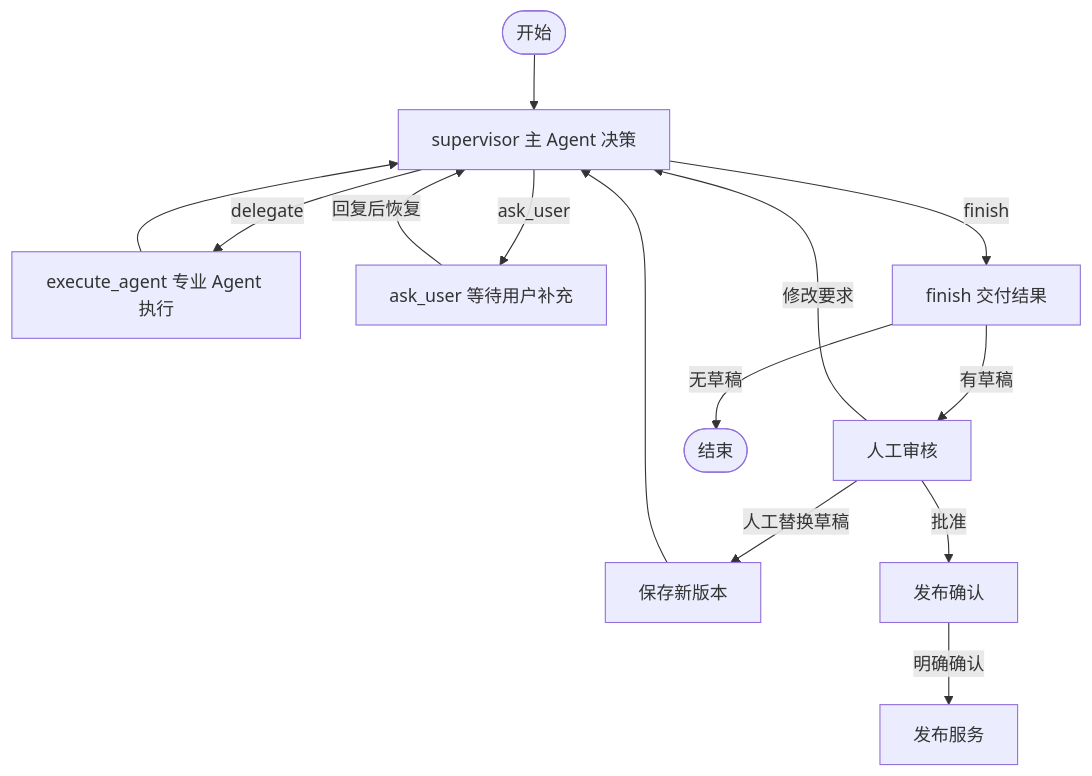
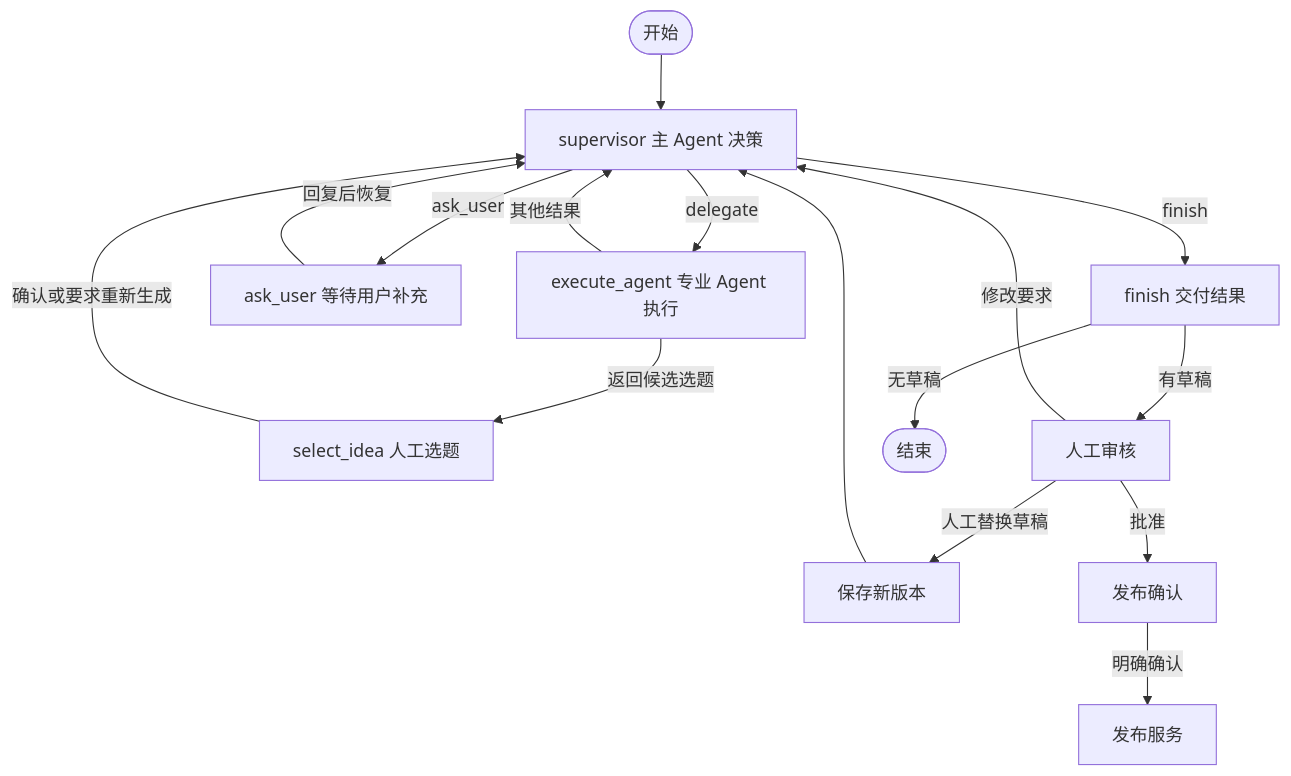
Before and after one commit to jiang-yx6/ethan-multi-agents-for-xhs: the diagram in docs/agent-collaboration.md, drawn with Mermaid. The commit also changed other lines of this file and 70 other files, not shown here.

````diff
--- a/docs/agent-collaboration.md
+++ b/docs/agent-collaboration.md
@@ -23,16 +23,18 @@
 ```mermaid
 flowchart TD
     S([开始]) --> M[supervisor 主 Agent 决策]
     M -->|delegate| D[execute_agent 专业 Agent 执行]
     M -->|ask_user| U[ask_user 等待用户补充]
     M -->|finish| F[finish 交付结果]
-    D --> M
+    D -->|返回候选选题| I[select_idea 人工选题]
+    D -->|其他结果| M
+    I -->|确认或要求重新生成| M
     U -->|回复后恢复| M
     F -->|有草稿| R[人工审核]
     F -->|无草稿| E([结束])
     R -->|修改要求| M
     R -->|人工替换草稿| V[保存新版本]
     V --> M
     R -->|批准| P[发布确认]
     P -->|明确确认| X[发布服务]
 ```
````
